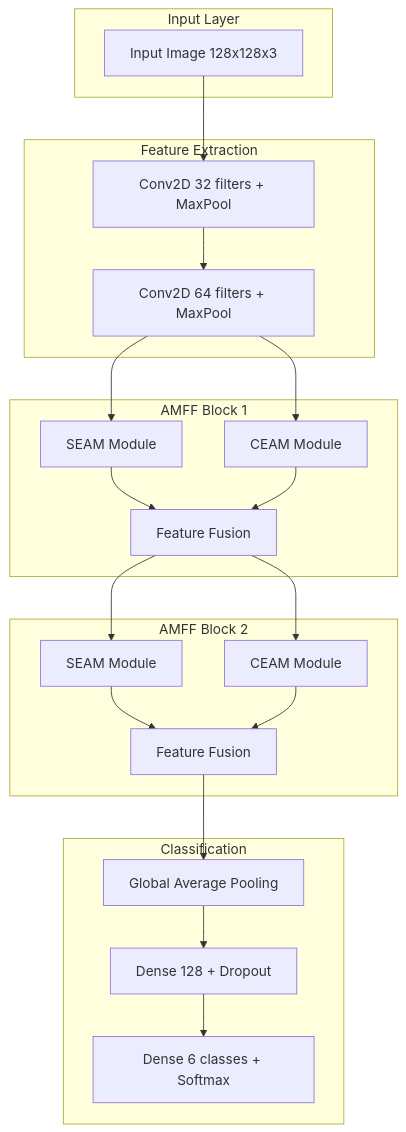
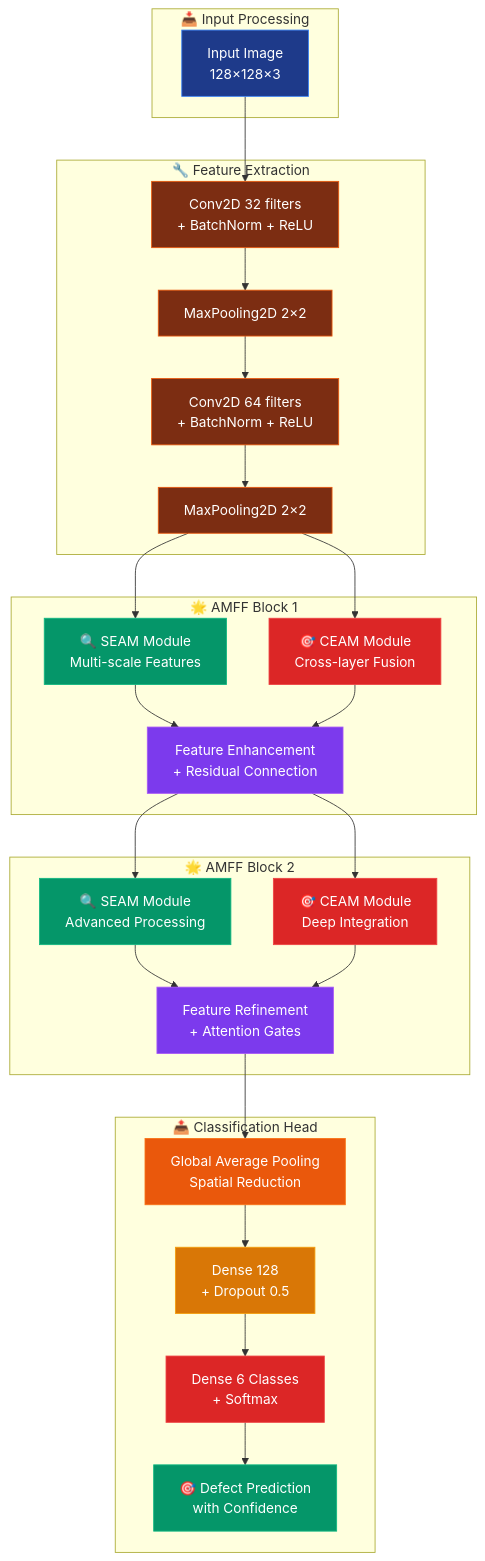
Before and after one commit to RiteshKumar2e/Steel_Surface_Defect_NEU_DET-DATASET: the fourth of 7 diagrams in README.md, drawn with Mermaid. The commit also changed other lines of this file, not shown here.

````diff
--- a/README.md
+++ b/README.md
@@ -437,43 +385,64 @@
 ```mermaid
 flowchart TB
-    subgraph "Input Layer"
-        A[Input Image 128x128x3]
+    subgraph "📥 Input Processing"
+        A[Input Image<br/>128×128×3]
+        style A fill:#1e3a8a,stroke:#3b82f6,color:#ffffff
     end
     
-    subgraph "Feature Extraction"
-        B[Conv2D 32 filters + MaxPool]
-        C[Conv2D 64 filters + MaxPool]
+    subgraph "🔧 Feature Extraction"
+        B[Conv2D 32 filters<br/>+ BatchNorm + ReLU]
+        C[MaxPooling2D 2×2]
+        D[Conv2D 64 filters<br/>+ BatchNorm + ReLU] 
+        E[MaxPooling2D 2×2]
+        style B fill:#7c2d12,stroke:#ea580c,color:#ffffff
+        style C fill:#7c2d12,stroke:#ea580c,color:#ffffff
+        style D fill:#7c2d12,stroke:#ea580c,color:#ffffff
+        style E fill:#7c2d12,stroke:#ea580c,color:#ffffff
     end
     
-    subgraph "AMFF Block 1"
-        D[SEAM Module]
-        E[CEAM Module]
-        F[Feature Fusion]
+    subgraph "🌟 AMFF Block 1"
+        F[🔍 SEAM Module<br/>Multi-scale Features]
+        G[🎯 CEAM Module<br/>Cross-layer Fusion]
+        H[Feature Enhancement<br/>+ Residual Connection]
+        style F fill:#059669,stroke:#10b981,color:#ffffff
+        style G fill:#dc2626,stroke:#ef4444,color:#ffffff
+        style H fill:#7c3aed,stroke:#a855f7,color:#ffffff
     end
     
-    subgraph "AMFF Block 2"
-        G[SEAM Module]
-        H[CEAM Module]
-        I[Feature Fusion]
+    subgraph "🌟 AMFF Block 2" 
+        I[🔍 SEAM Module<br/>Advanced Processing]
+        J[🎯 CEAM Module<br/>Deep Integration]
+        K[Feature Refinement<br/>+ Attention Gates]
+        style I fill:#059669,stroke:#10b981,color:#ffffff
+        style J fill:#dc2626,stroke:#ef4444,color:#ffffff
+        style K fill:#7c3aed,stroke:#a855f7,color:#ffffff
     end
     
-    subgraph "Classification"
-        J[Global Average Pooling]
-        K[Dense 128 + Dropout]
-        L[Dense 6 classes + Softmax]
+    subgraph "📤 Classification Head"
+        L[Global Average Pooling<br/>Spatial Reduction]
+        M[Dense 128<br/>+ Dropout 0.5]
+        N[Dense 6 Classes<br/>+ Softmax]
+        O[🎯 Defect Prediction<br/>with Confidence]
+        style L fill:#ea580c,stroke:#f97316,color:#ffffff
+        style M fill:#d97706,stroke:#f59e0b,color:#ffffff
+        style N fill:#dc2626,stroke:#ef4444,color:#ffffff
+        style O fill:#059669,stroke:#10b981,color:#ffffff
     end
     
     A --> B
     B --> C
     C --> D
-    C --> E
-    D --> F
+    D --> E
     E --> F
-    F --> G
+    E --> G
     F --> H
-    G --> I
+    G --> H
     H --> I
-    I --> J
+    H --> J
+    I --> K
     J --> K
     K --> L
+    L --> M
+    M --> N
+    N --> O
 ```
````
